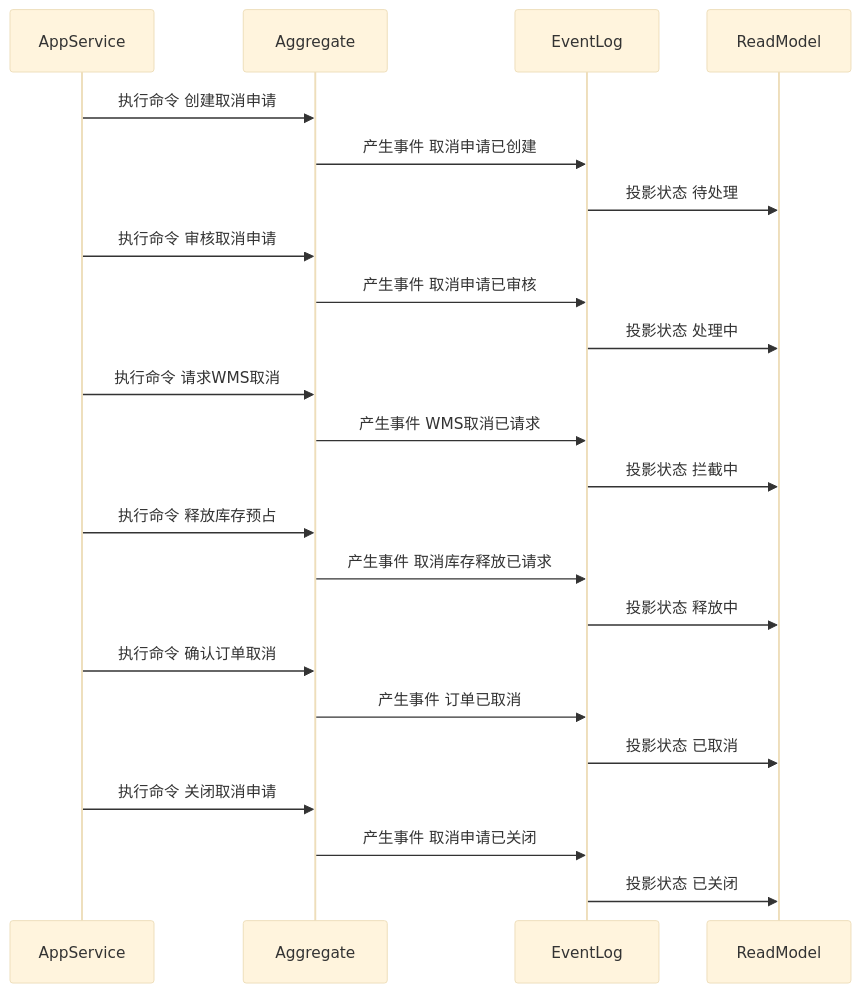
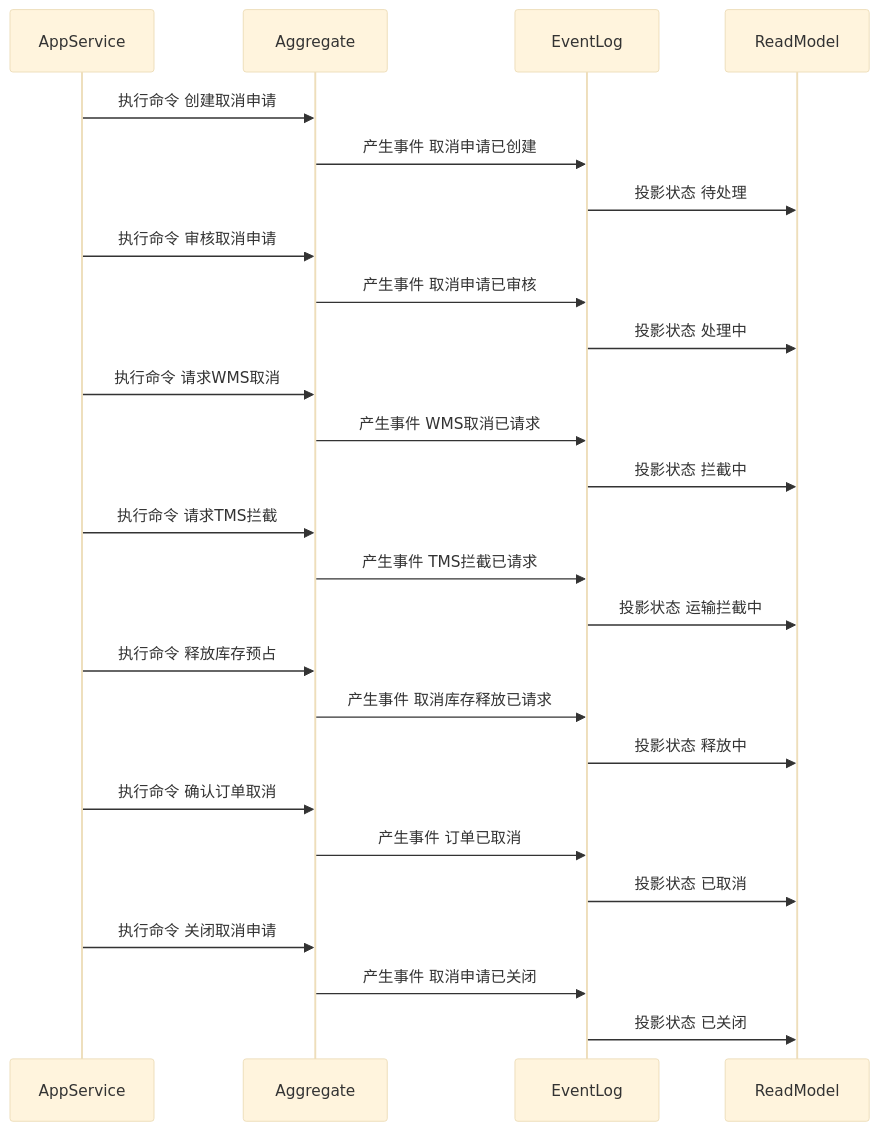
The sixth of 6 diagrams in docs/03-核心业务模型/05-OMS领域模型/05-取消申请聚合CQRS设计.md (chao1927/scm), drawn with Mermaid (base theme) before and after one commit. The commit also changed other lines of this file and 118 other files, not shown here.

````diff
--- a/docs/03-核心业务模型/05-OMS领域模型/05-取消申请聚合CQRS设计.md
+++ b/docs/03-核心业务模型/05-OMS领域模型/05-取消申请聚合CQRS设计.md
@@ -261,26 +272,29 @@
 ```mermaid
 sequenceDiagram
     participant AppService
     participant Aggregate
     participant EventLog
     participant ReadModel
 
     AppService->>Aggregate: 执行命令 创建取消申请
     Aggregate->>EventLog: 产生事件 取消申请已创建
     EventLog->>ReadModel: 投影状态 待处理
     AppService->>Aggregate: 执行命令 审核取消申请
     Aggregate->>EventLog: 产生事件 取消申请已审核
     EventLog->>ReadModel: 投影状态 处理中
     AppService->>Aggregate: 执行命令 请求WMS取消
     Aggregate->>EventLog: 产生事件 WMS取消已请求
     EventLog->>ReadModel: 投影状态 拦截中
+    AppService->>Aggregate: 执行命令 请求TMS拦截
+    Aggregate->>EventLog: 产生事件 TMS拦截已请求
+    EventLog->>ReadModel: 投影状态 运输拦截中
     AppService->>Aggregate: 执行命令 释放库存预占
     Aggregate->>EventLog: 产生事件 取消库存释放已请求
     EventLog->>ReadModel: 投影状态 释放中
     AppService->>Aggregate: 执行命令 确认订单取消
     Aggregate->>EventLog: 产生事件 订单已取消
     EventLog->>ReadModel: 投影状态 已取消
     AppService->>Aggregate: 执行命令 关闭取消申请
     Aggregate->>EventLog: 产生事件 取消申请已关闭
     EventLog->>ReadModel: 投影状态 已关闭
 ```
````
